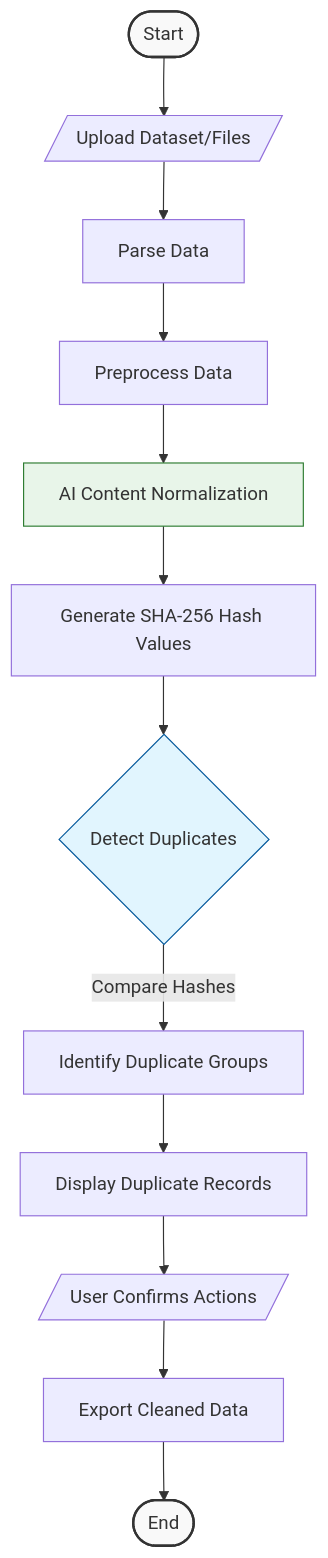
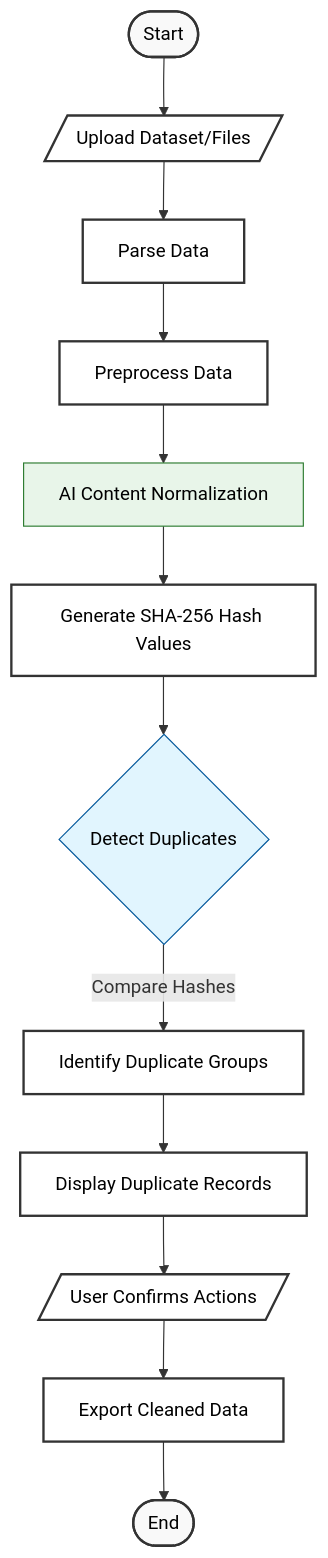
One commit to VSaini11/Duplicate-File-Finder---Web-app changed the fifth of 5 diagrams in README.md. Above: the diagram before and after it, drawn with Mermaid. The commit also changed other lines of this file, not shown here.

````diff
--- a/README.md
+++ b/README.md
@@ -234,19 +266,27 @@
 ```mermaid
 flowchart TD
     A([Start]) --> B[/Upload Dataset/Files/]
     B --> C[Parse Data]
     C --> D[Preprocess Data]
     D --> E[AI Content Normalization]
     E --> F[Generate SHA-256 Hash Values]
     F --> G{Detect Duplicates}
     G -->|Compare Hashes| H[Identify Duplicate Groups]
     H --> I[Display Duplicate Records]
     I --> J[/User Confirms Actions/]
     J --> K[Export Cleaned Data]
     K --> L([End])
 
-    style A fill:#f9f9f9,stroke:#333,stroke-width:2px
-    style L fill:#f9f9f9,stroke:#333,stroke-width:2px
-    style G fill:#e1f5fe,stroke:#01579b
-    style E fill:#e8f5e9,stroke:#2e7d32
+    style A fill:#f9f9f9,stroke:#333,stroke-width:2px,color:#000
+    style B fill:#fff,stroke:#333,stroke-width:2px,color:#000
+    style C fill:#fff,stroke:#333,stroke-width:2px,color:#000
+    style D fill:#fff,stroke:#333,stroke-width:2px,color:#000
+    style E fill:#e8f5e9,stroke:#2e7d32,color:#000
+    style F fill:#fff,stroke:#333,stroke-width:2px,color:#000
+    style G fill:#e1f5fe,stroke:#01579b,color:#000
+    style H fill:#fff,stroke:#333,stroke-width:2px,color:#000
+    style I fill:#fff,stroke:#333,stroke-width:2px,color:#000
+    style J fill:#fff,stroke:#333,stroke-width:2px,color:#000
+    style K fill:#fff,stroke:#333,stroke-width:2px,color:#000
+    style L fill:#f9f9f9,stroke:#333,stroke-width:2px,color:#000
 ```
````
